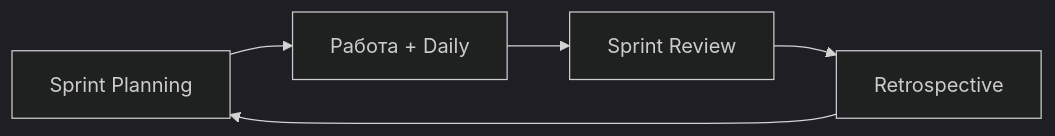
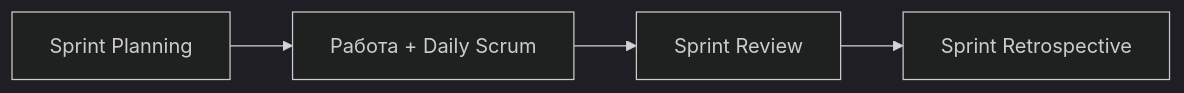
The diagram in docs/encyclopedia/7-project/7-14-scrum/2.md (Spirzen/it-knowledge-base), drawn with Mermaid (dark theme) before and after one commit. The commit also changed other lines of this file and 162 other files, not shown here.

````diff
--- a/docs/encyclopedia/7-project/7-14-scrum/2.md
+++ b/docs/encyclopedia/7-project/7-14-scrum/2.md
@@ -165,8 +143,8 @@
 ```mermaid
 flowchart LR
     PLAN[Sprint Planning]
-    WORK[Работа + Daily]
+    WORK[Работа + Daily Scrum]
     REV[Sprint Review]
-    RETRO[Retrospective]
-    PLAN --> WORK --> REV --> RETRO --> PLAN
+    RETRO[Sprint Retrospective]
+    PLAN --> WORK --> REV --> RETRO
 ```
````
